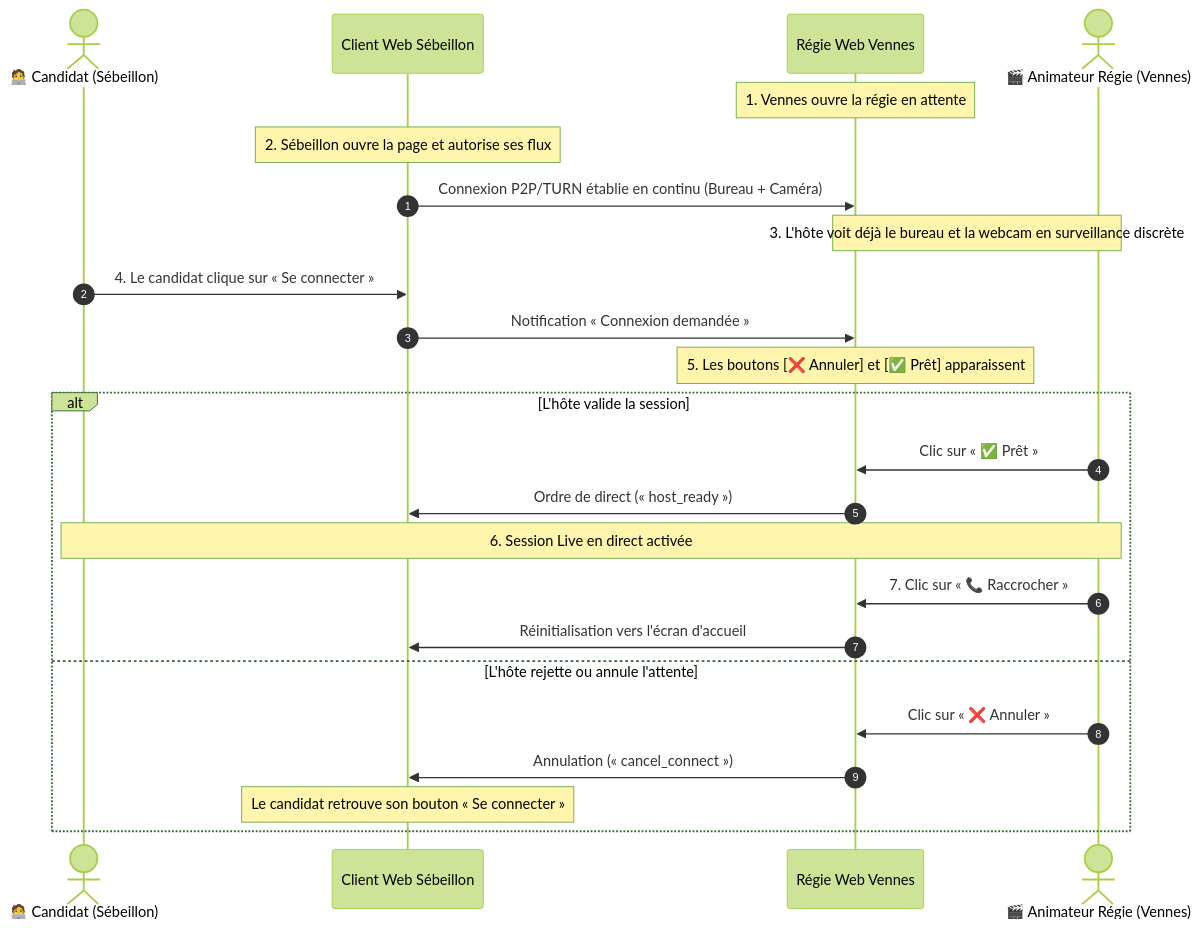
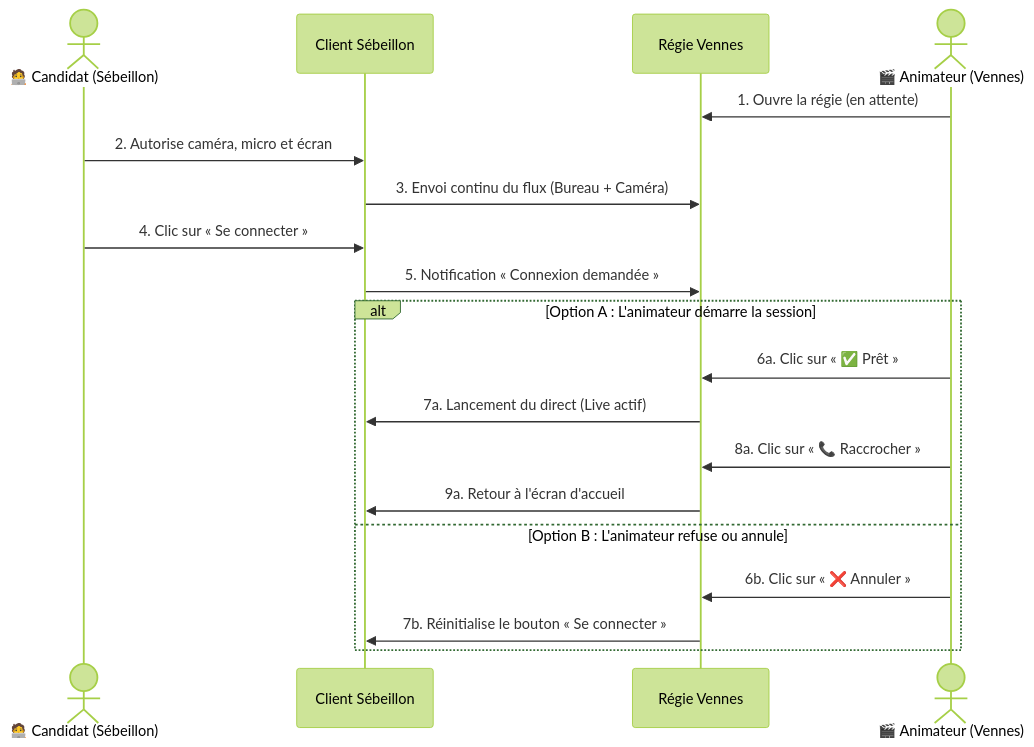
The diagram in README.md (NaelVuille/Visio-LePireDev), drawn with Mermaid (forest theme) before and after one commit.

Commit message:
docs: simplification du diagramme séquentiel (suppression des encadrés débordants et de la double numérotation)

````diff
--- a/README.md
+++ b/README.md
@@ -10,27 +10,23 @@
 ```mermaid
 sequenceDiagram
-    autonumber
     actor C as 🧑‍💻 Candidat (Sébeillon)
-    participant UI_C as Client Web Sébeillon
-    participant UI_H as Régie Web Vennes
-    actor H as 🎬 Animateur Régie (Vennes)
+    participant S as Client Sébeillon
+    participant V as Régie Vennes
+    actor H as 🎬 Animateur (Vennes)
 
-    Note over UI_H: 1. Vennes ouvre la régie en attente
-    Note over UI_C: 2. Sébeillon ouvre la page et autorise ses flux
-    UI_C->>UI_H: Connexion P2P/TURN établie en continu (Bureau + Caméra)
-    Note over H,UI_H: 3. L'hôte voit déjà le bureau et la webcam en surveillance discrète
-    C->>UI_C: 4. Le candidat clique sur « Se connecter »
-    UI_C->>UI_H: Notification « Connexion demandée »
-    Note over UI_H: 5. Les boutons [❌ Annuler] et [✅ Prêt] apparaissent
-    alt L'hôte valide la session
-        H->>UI_H: Clic sur « ✅ Prêt »
-        UI_H->>UI_C: Ordre de direct (« host_ready »)
-        Note over C,H: 6. Session Live en direct activée
-        H->>UI_H: 7. Clic sur « 📞 Raccrocher »
-        UI_H->>UI_C: Réinitialisation vers l'écran d'accueil
-    else L'hôte rejette ou annule l'attente
-        H->>UI_H: Clic sur « ❌ Annuler »
-        UI_H->>UI_C: Annulation (« cancel_connect »)
-        Note over UI_C: Le candidat retrouve son bouton « Se connecter »
+    H->>V: 1. Ouvre la régie (en attente)
+    C->>S: 2. Autorise caméra, micro et écran
+    S->>V: 3. Envoi continu du flux (Bureau + Caméra)
+    C->>S: 4. Clic sur « Se connecter »
+    S->>V: 5. Notification « Connexion demandée »
+    
+    alt Option A : L'animateur démarre la session
+        H->>V: 6a. Clic sur « ✅ Prêt »
+        V->>S: 7a. Lancement du direct (Live actif)
+        H->>V: 8a. Clic sur « 📞 Raccrocher »
+        V->>S: 9a. Retour à l'écran d'accueil
+    else Option B : L'animateur refuse ou annule
+        H->>V: 6b. Clic sur « ❌ Annuler »
+        V->>S: 7b. Réinitialise le bouton « Se connecter »
     end
 ```
````
